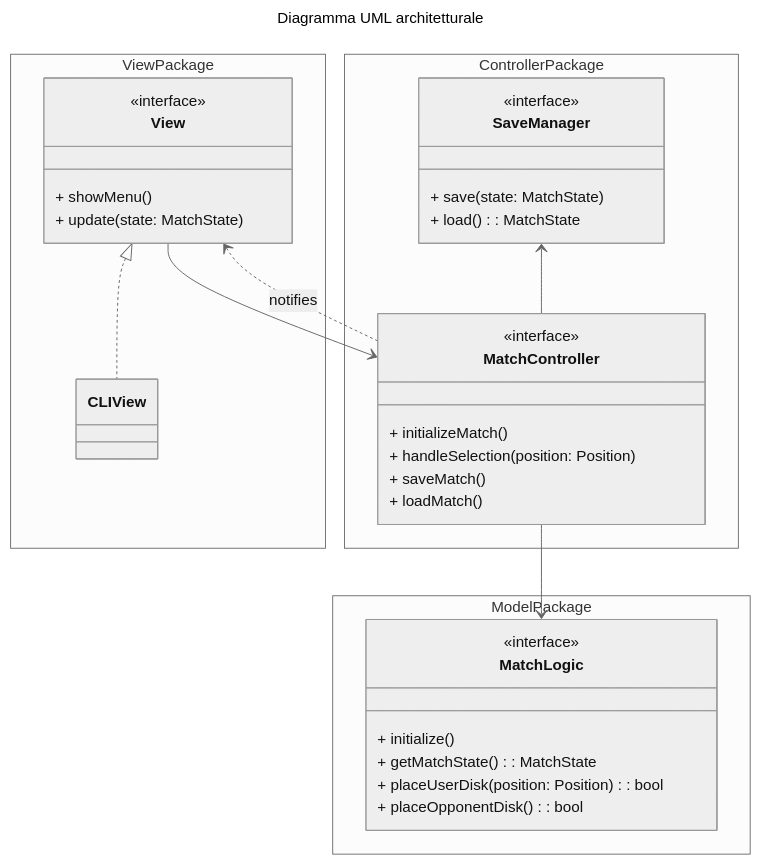
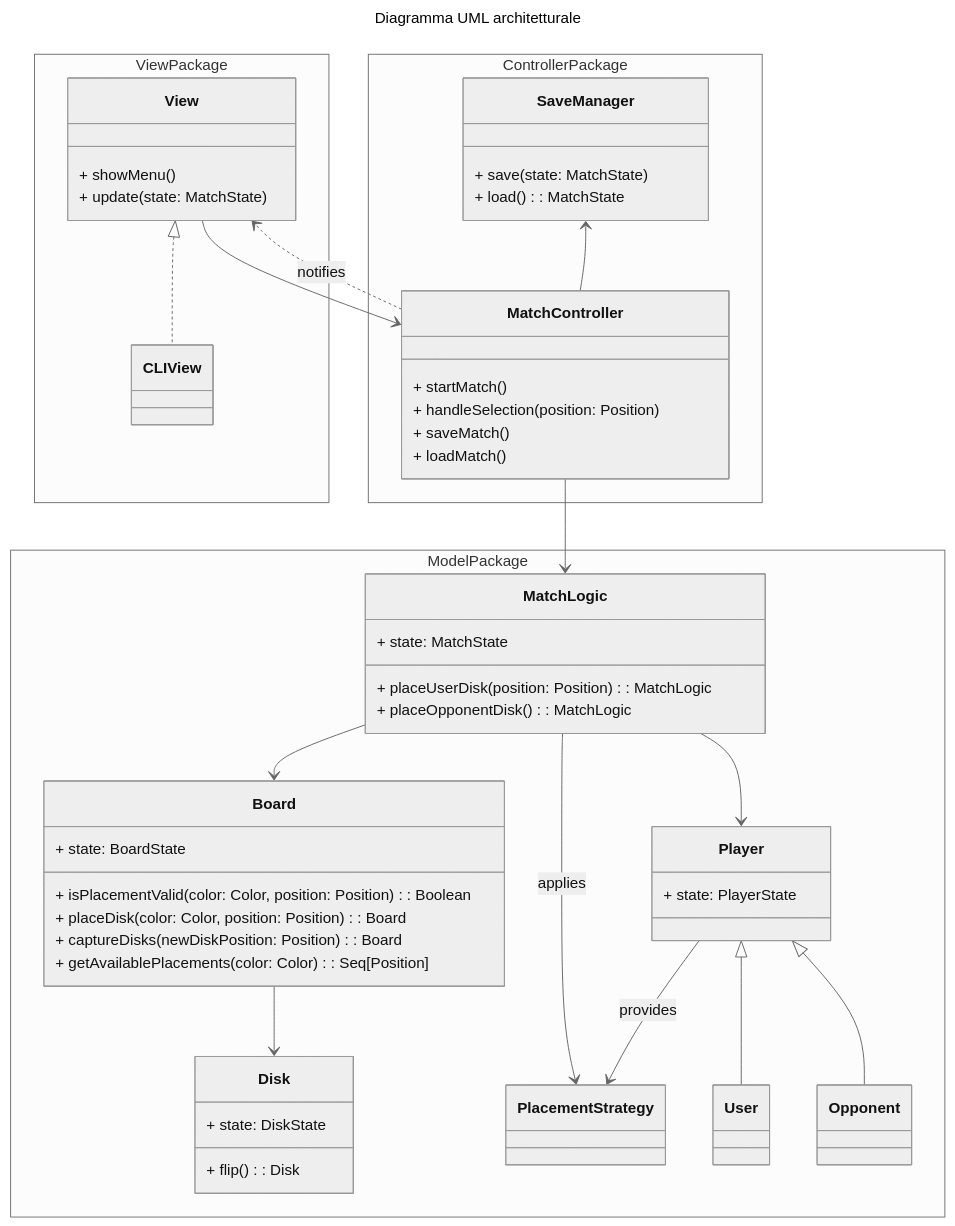
Before and after one commit to Borgotto/PPS-25-scalatello: the first of 3 diagrams in docs/report/4-architectural-design.md, drawn with Mermaid (neutral theme). The commit also changed other lines of this file and 2 other files, not shown here.

````diff
--- a/docs/report/4-architectural-design.md
+++ b/docs/report/4-architectural-design.md
@@ -15,44 +15,67 @@
 ```mermaid
 ---
 title: Diagramma UML architetturale
 ---
 classDiagram
   namespace ViewPackage {
     class View {
-      <<interface>>
       + showMenu()
       + update(state: MatchState)
     }
     class CLIView
   }
   namespace ControllerPackage {
     class MatchController {
-      <<interface>>
-      + initializeMatch()
+      + startMatch()
       + handleSelection(position: Position)
       + saveMatch()
       + loadMatch()
     }
     class SaveManager {
-      <<interface>>
       + save(state: MatchState)
       + load(): MatchState
     }
   }
   namespace ModelPackage {
     class MatchLogic {
-      <<interface>>
-      + initialize()
-      + getMatchState(): MatchState
-      + placeUserDisk(position: Position): bool
-      + placeOpponentDisk(): bool
+      + state: MatchState
+      + placeUserDisk(position: Position): MatchLogic
+      + placeOpponentDisk(): MatchLogic
     }
+    class Board {
+      + state: BoardState
+      + isPlacementValid(color: Color, position: Position): Boolean
+      + placeDisk(color: Color, position: Position): Board
+      + captureDisks(newDiskPosition: Position): Board
+      + getAvailablePlacements(color: Color): Seq[Position]
+    }
+    class Disk {
+      + state: DiskState
+      + flip(): Disk
+    }
+    class Player {
+      + state: PlayerState
+    }
+    class PlacementStrategy
+    class User
+    class Opponent
   }
 
-  View --> MatchController
-  MatchController ..> View : notifies
-  MatchController --> MatchLogic
-  SaveManager <-- MatchController
+    MatchLogic --> Board
+    MatchLogic --> Player
+    MatchLogic --> PlacementStrategy: applies
 
-  View <|.. CLIView
+    Player <|-- User
+    Player <|-- Opponent
+
+    Player --> PlacementStrategy : provides
+
+    Board --> Disk
+
+    View --> MatchController
+    MatchController ..> View : notifies
+    MatchController --> MatchLogic
+    SaveManager <-- MatchController
+
+    View <|.. CLIView
 ```
````
